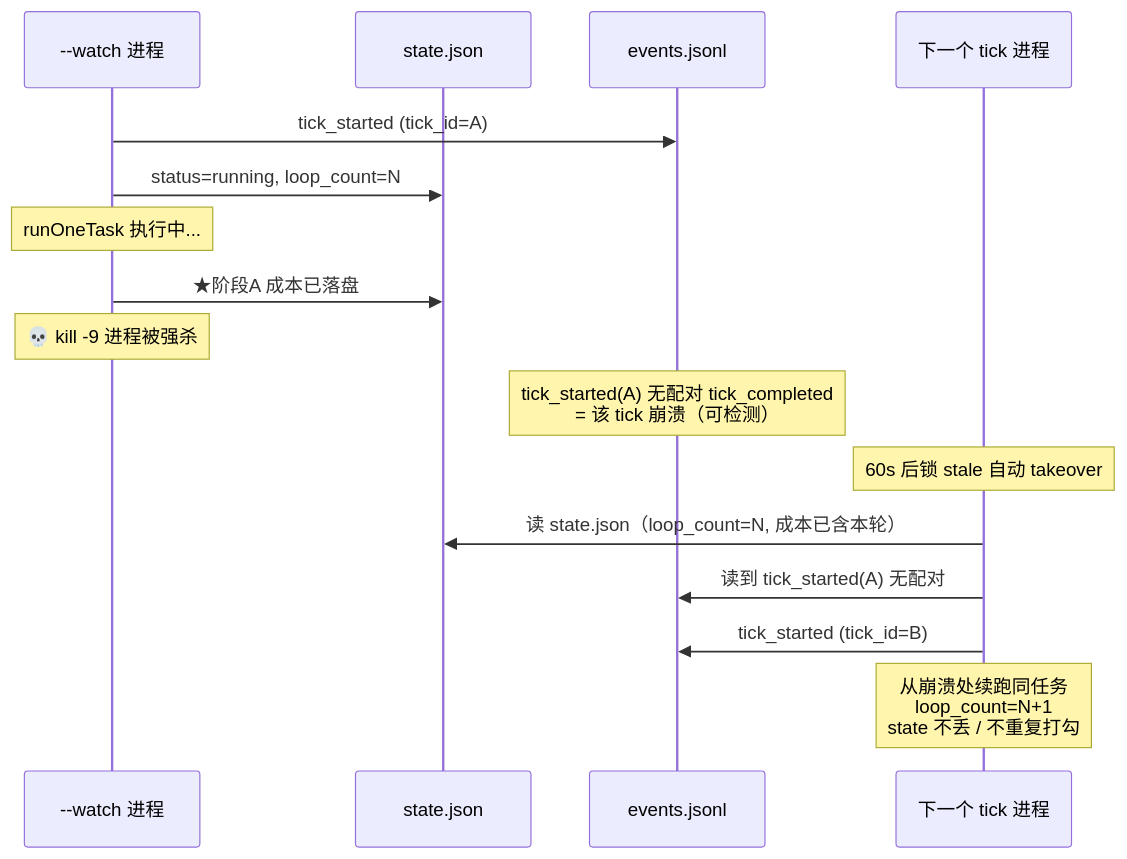
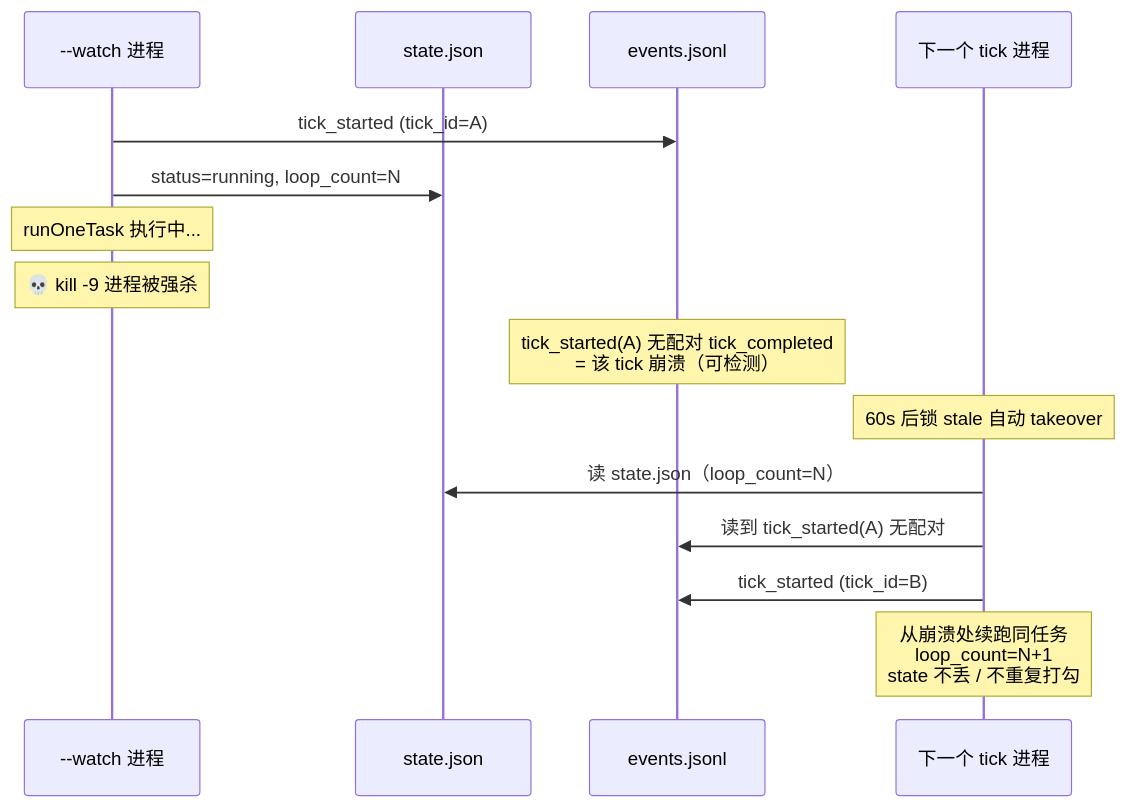
Before and after one commit to free-wyq/swallow: the third of 3 diagrams in README.md, drawn with Mermaid. The commit also changed other lines of this file and 3 other files, not shown here.

````diff
--- a/README.md
+++ b/README.md
@@ -122,20 +120,19 @@
 ```mermaid
 sequenceDiagram
     participant W as --watch 进程
     participant S as state.json
     participant E as events.jsonl
     participant T as 下一个 tick 进程
 
     W->>E: tick_started (tick_id=A)
     W->>S: status=running, loop_count=N
     Note over W: runOneTask 执行中...
-    W->>S: ★阶段A 成本已落盘
     Note over W: 💀 kill -9 进程被强杀
     Note over E: tick_started(A) 无配对 tick_completed<br/>= 该 tick 崩溃（可检测）
 
     Note over T: 60s 后锁 stale 自动 takeover
-    T->>S: 读 state.json（loop_count=N, 成本已含本轮）
+    T->>S: 读 state.json（loop_count=N）
     T->>E: 读到 tick_started(A) 无配对
     T->>E: tick_started (tick_id=B)
     Note over T: 从崩溃处续跑同任务<br/>loop_count=N+1<br/>state 不丢 / 不重复打勾
 ```
````
